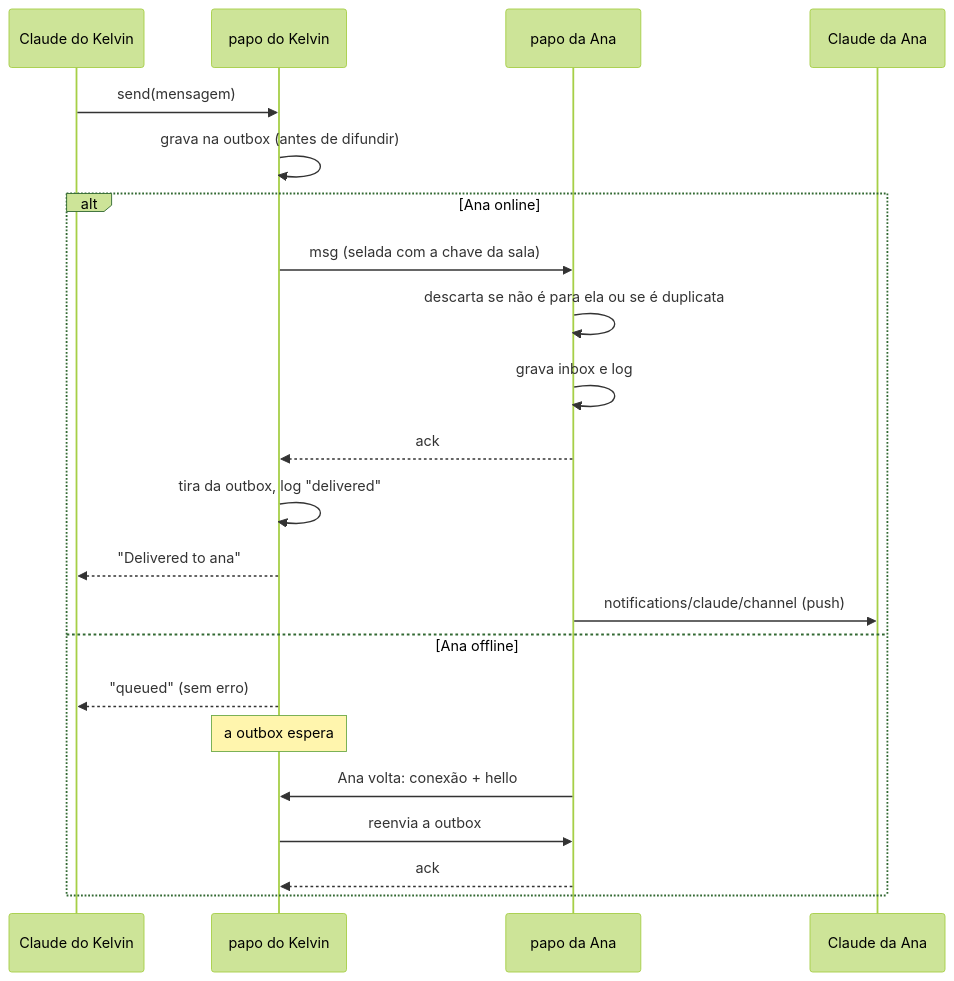
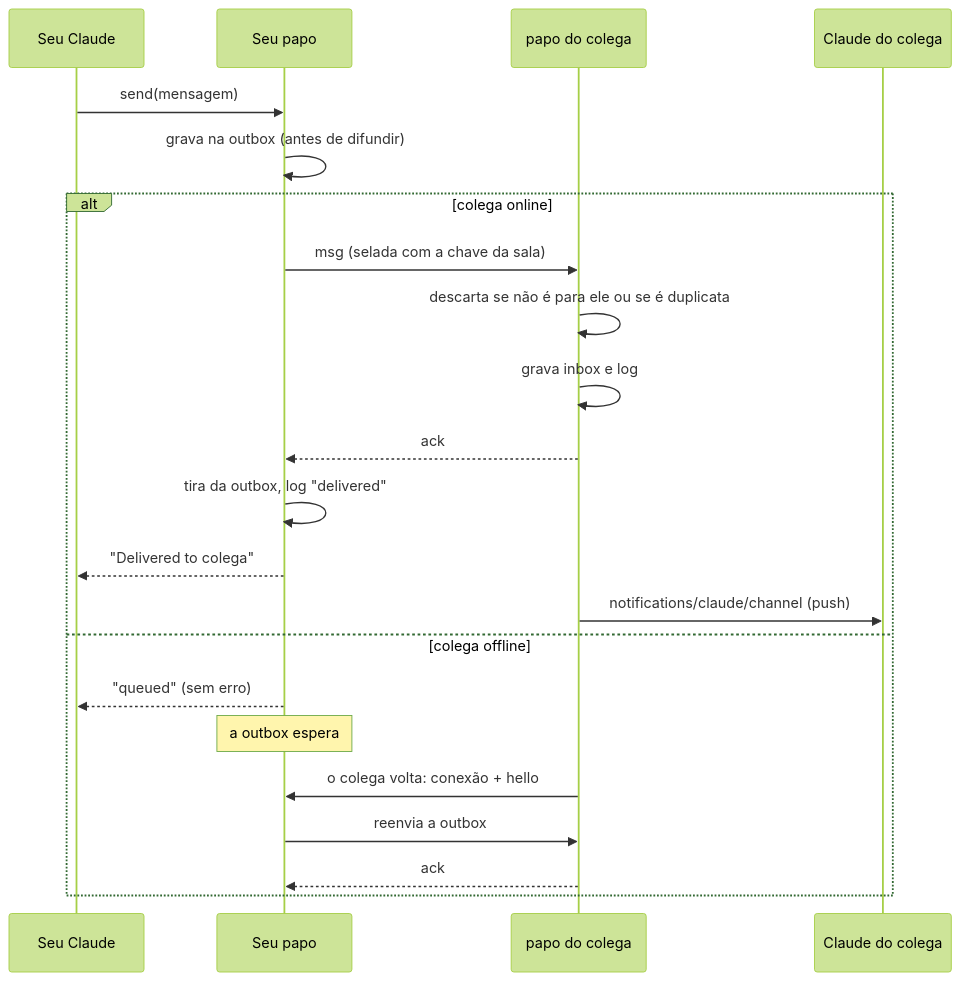
The fourth of 5 diagrams in docs/arquitetura.md (Kelvin-Jesus/papo), drawn with Mermaid (forest theme) before and after one commit. The commit also changed 15 other files, not shown here.

````diff
--- a/docs/arquitetura.md
+++ b/docs/arquitetura.md
@@ -85,24 +85,24 @@
 ```mermaid
 sequenceDiagram
-  participant CK as Claude do Kelvin
-  participant NK as papo do Kelvin
-  participant NA as papo da Ana
-  participant CA as Claude da Ana
-  CK->>NK: send(mensagem)
-  NK->>NK: grava na outbox (antes de difundir)
-  alt Ana online
-    NK->>NA: msg (selada com a chave da sala)
-    NA->>NA: descarta se não é para ela ou se é duplicata
-    NA->>NA: grava inbox e log
-    NA-->>NK: ack
-    NK->>NK: tira da outbox, log "delivered"
-    NK-->>CK: "Delivered to ana"
-    NA->>CA: notifications/claude/channel (push)
-  else Ana offline
-    NK-->>CK: "queued" (sem erro)
-    Note over NK: a outbox espera
-    NA->>NK: Ana volta: conexão + hello
-    NK->>NA: reenvia a outbox
-    NA-->>NK: ack
+  participant CV as Seu Claude
+  participant NV as Seu papo
+  participant NC as papo do colega
+  participant CC as Claude do colega
+  CV->>NV: send(mensagem)
+  NV->>NV: grava na outbox (antes de difundir)
+  alt colega online
+    NV->>NC: msg (selada com a chave da sala)
+    NC->>NC: descarta se não é para ele ou se é duplicata
+    NC->>NC: grava inbox e log
+    NC-->>NV: ack
+    NV->>NV: tira da outbox, log "delivered"
+    NV-->>CV: "Delivered to colega"
+    NC->>CC: notifications/claude/channel (push)
+  else colega offline
+    NV-->>CV: "queued" (sem erro)
+    Note over NV: a outbox espera
+    NC->>NV: o colega volta: conexão + hello
+    NV->>NC: reenvia a outbox
+    NC-->>NV: ack
   end
 ```
````
